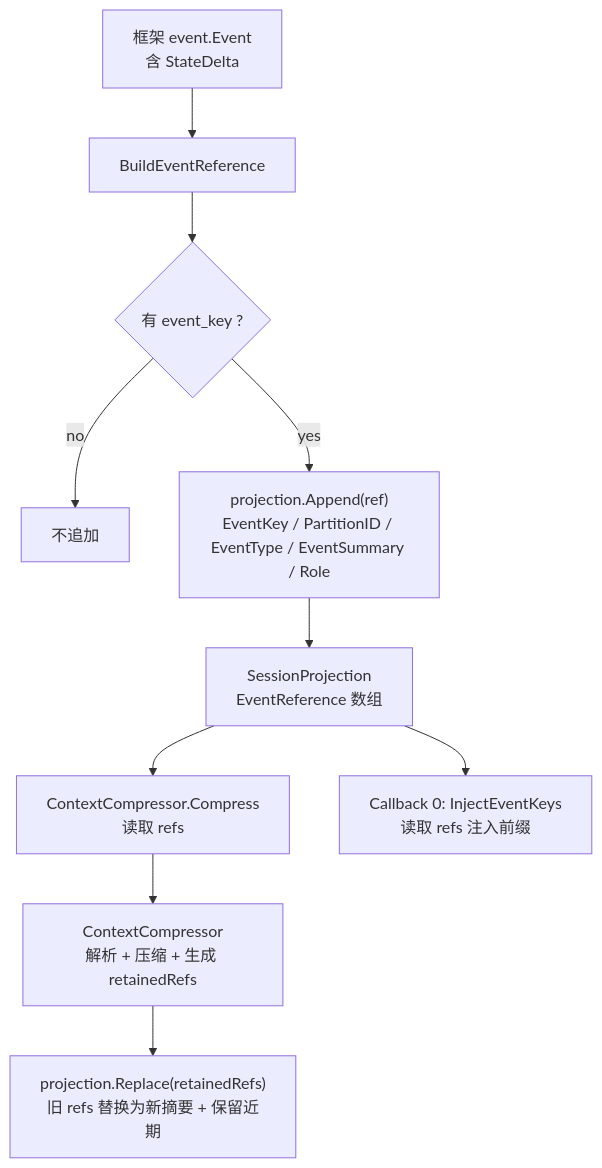
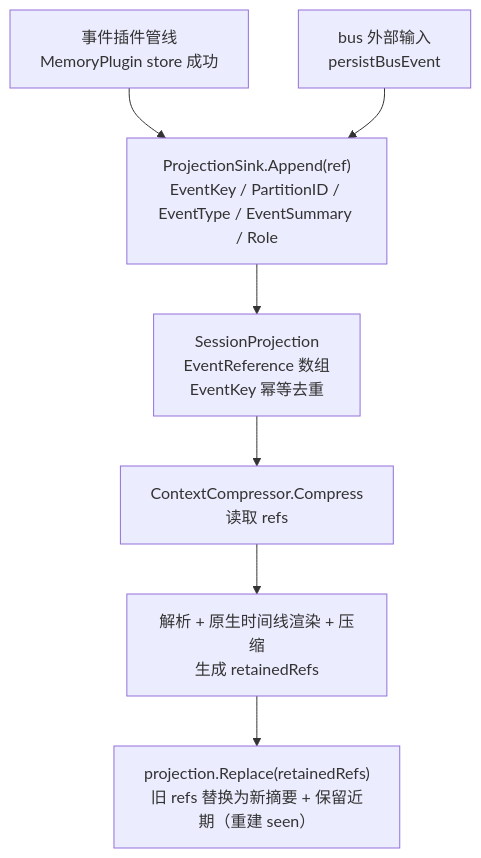
The fifth of 7 diagrams in docs/wiki/agent/event-flow.md (SpellingDragon/tagent), drawn with Mermaid before and after one commit. The commit also changed other lines of this file and 5 other files, not shown here.

Commit message:
docs(wiki): reflect unified event projection (native rendering, sink, hex keys)

````diff
--- a/docs/wiki/agent/event-flow.md
+++ b/docs/wiki/agent/event-flow.md
@@ -83,14 +88,10 @@
 ```mermaid
 graph TD
-    E[框架 event.Event<br/>含 StateDelta] --> B[BuildEventReference]
-    B --> OK{有 event_key ?}
-    OK -- no --> SKIP[不追加]
-    OK -- yes --> APP["projection.Append(ref)<br/>EventKey / PartitionID / EventType / EventSummary / Role"]
-    APP --> PROJ[SessionProjection<br/>EventReference 数组]
+    E[事件插件管线<br/>MemoryPlugin store 成功] --> APP["ProjectionSink.Append(ref)<br/>EventKey / PartitionID / EventType / EventSummary / Role"]
+    BUS[bus 外部输入<br/>persistBusEvent] --> APP
+    APP --> PROJ[SessionProjection<br/>EventReference 数组<br/>EventKey 幂等去重]
 
     PROJ --> READ["ContextCompressor.Compress<br/>读取 refs"]
-    PROJ --> KEYS["Callback 0: InjectEventKeys<br/>读取 refs 注入前缀"]
-
-    READ --> COMPRESS["ContextCompressor<br/>解析 + 压缩 + 生成 retainedRefs"]
-    COMPRESS --> REP["projection.Replace(retainedRefs)<br/>旧 refs 替换为新摘要 + 保留近期"]
+    READ --> COMPRESS["解析 + 原生时间线渲染 + 压缩<br/>生成 retainedRefs"]
+    COMPRESS --> REP["projection.Replace(retainedRefs)<br/>旧 refs 替换为新摘要 + 保留近期（重建 seen）"]
 ```
````
